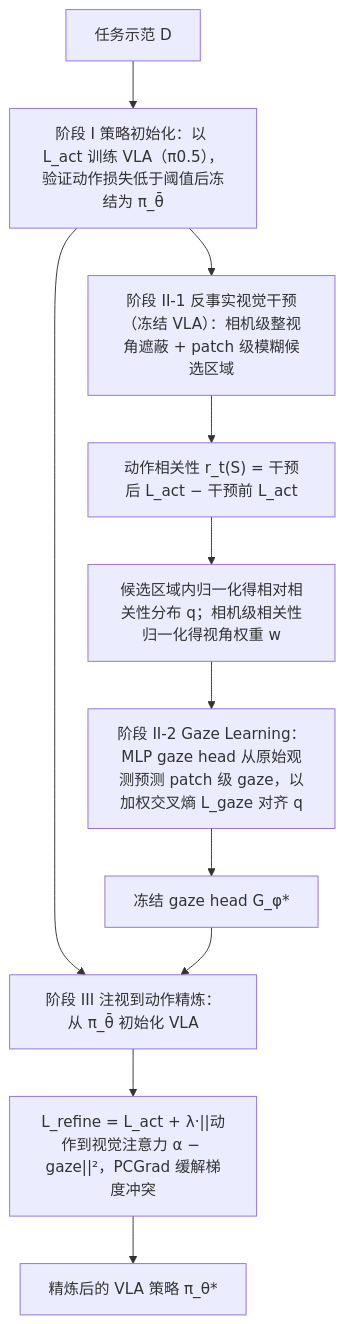
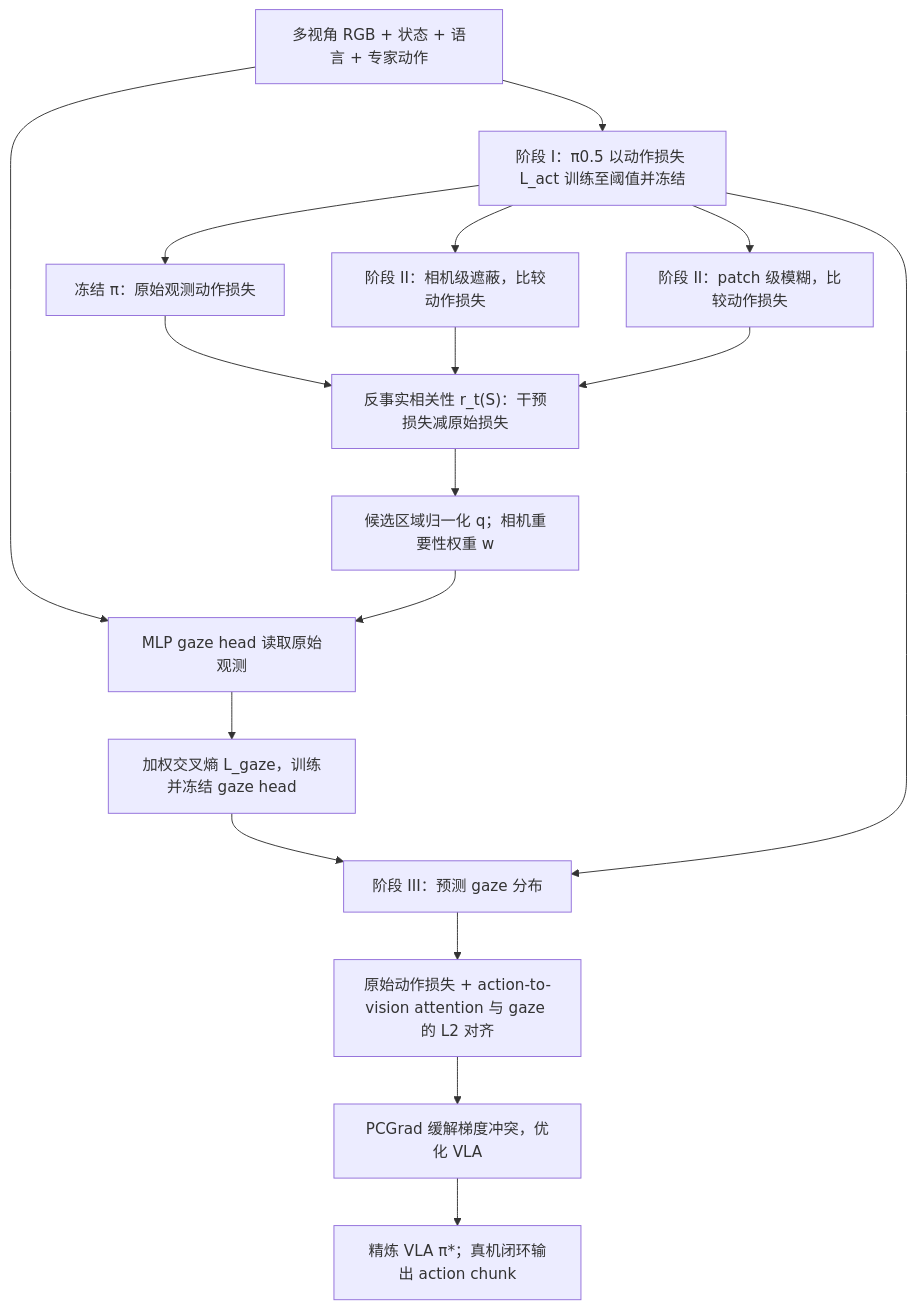
The diagram in wiki/entities/paper-actgaze.md (ImChong/Robotics_Notebooks), drawn with Mermaid before and after one commit. The commit also changed other lines of this file, not shown here.

Commit message:
[2026-11-09] ingest | wiki/entities/paper-actgaze.md — 全文复核 ActGaze 方法、真机评测与开源边界

````diff
--- a/wiki/entities/paper-actgaze.md
+++ b/wiki/entities/paper-actgaze.md
@@ -40,13 +68,19 @@
 ```mermaid
 flowchart TD
-    DEMO["任务示范 D"] --> S1["阶段 I 策略初始化：以 L_act 训练 VLA（π0.5），验证动作损失低于阈值后冻结为 π_θ̄"]
-    S1 --> INT["阶段 II-1 反事实视觉干预（冻结 VLA）：相机级整视角遮蔽 + patch 级模糊候选区域"]
-    INT --> REL["动作相关性 r_t(S) = 干预后 L_act − 干预前 L_act"]
-    REL --> NORM["候选区域内归一化得相对相关性分布 q；相机级相关性归一化得视角权重 w"]
-    NORM --> GL["阶段 II-2 Gaze Learning：MLP gaze head 从原始观测预测 patch 级 gaze，以加权交叉熵 L_gaze 对齐 q"]
-    GL --> GFROZEN["冻结 gaze head G_φ*"]
-    S1 --> S3["阶段 III 注视到动作精炼：从 π_θ̄ 初始化 VLA"]
-    GFROZEN --> S3
-    S3 --> ALIGN["L_refine = L_act + λ·||动作到视觉注意力 α − gaze||²，PCGrad 缓解梯度冲突"]
-    ALIGN --> OUT["精炼后的 VLA 策略 π_θ*"]
+    DATA["多视角 RGB + 状态 + 语言 + 专家动作"] --> INIT["阶段 I：π0.5 以动作损失 L_act 训练至阈值并冻结"]
+    INIT --> CLEAN["冻结 π：原始观测动作损失"]
+    INIT --> CAM["阶段 II：相机级遮蔽，比较动作损失"]
+    INIT --> PATCH["阶段 II：patch 级模糊，比较动作损失"]
+    CLEAN --> SCORE["反事实相关性 r_t(S)：干预损失减原始损失"]
+    CAM --> SCORE
+    PATCH --> SCORE
+    SCORE --> DIST["候选区域归一化 q；相机重要性权重 w"]
+    DATA --> GAZE["MLP gaze head 读取原始观测"]
+    DIST --> GAZE
+    GAZE --> TRAIN["加权交叉熵 L_gaze，训练并冻结 gaze head"]
+    TRAIN --> REF["阶段 III：预测 gaze 分布"]
+    INIT --> REF
+    REF --> ATT["原始动作损失 + action-to-vision attention 与 gaze 的 L2 对齐"]
+    ATT --> PC["PCGrad 缓解梯度冲突，优化 VLA"]
+    PC --> OUT["精炼 VLA π*；真机闭环输出 action chunk"]
 ```
````
